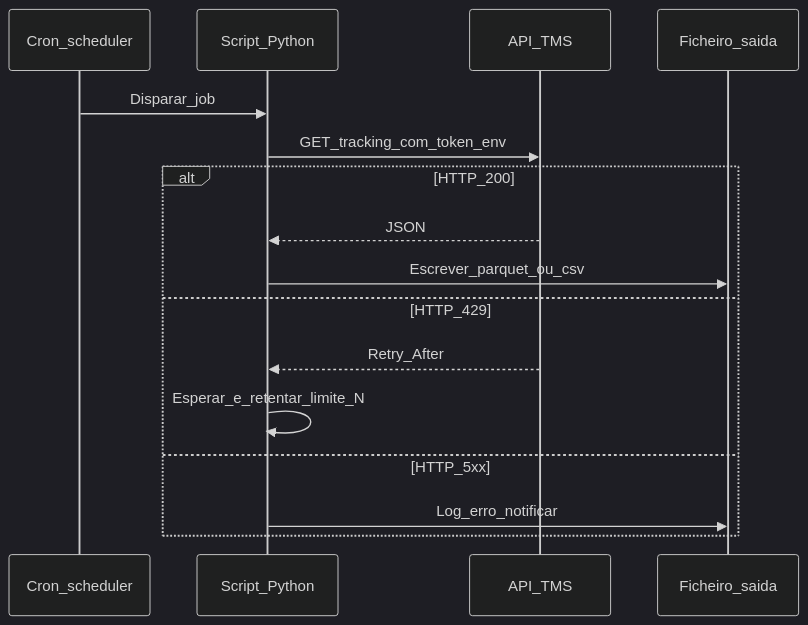
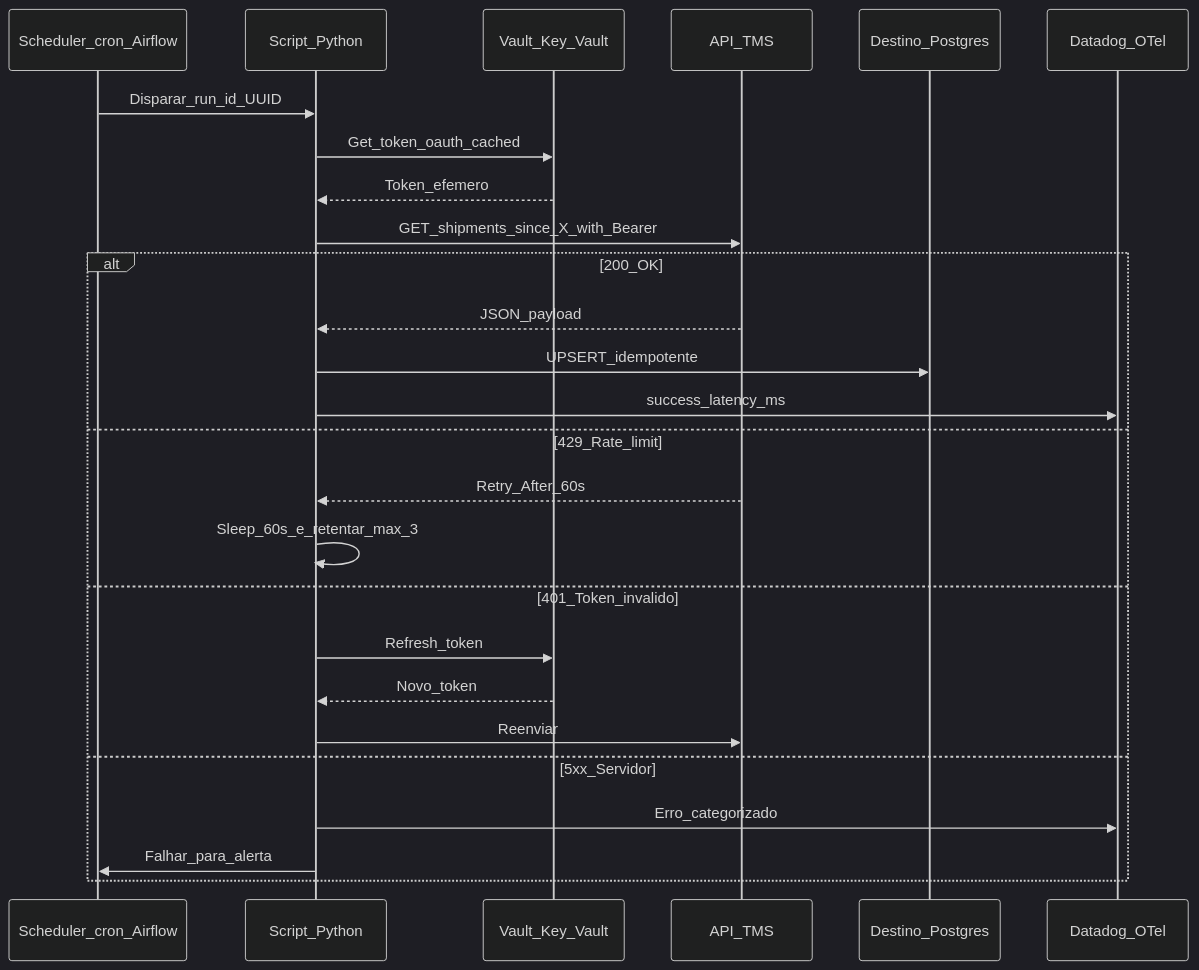
The first of 2 diagrams in aulas/trilha-automacao-e-digitalizacao/modulo-02-python-para-logistica/aula-03-agendamento-apis-leitura-rest.md (cleberhensel/logisticon-academy), drawn with Mermaid (dark theme) before and after one commit. The commit also changed other lines of this file and 122 other files, not shown here.

````diff
--- a/aulas/trilha-automacao-e-digitalizacao/modulo-02-python-para-logistica/aula-03-agendamento-apis-leitura-rest.md
+++ b/aulas/trilha-automacao-e-digitalizacao/modulo-02-python-para-logistica/aula-03-agendamento-apis-leitura-rest.md
@@ -42,18 +56,28 @@
 ```mermaid
 sequenceDiagram
-  participant C as Cron_scheduler
-  participant S as Script_Python
-  participant A as API_TMS
-  participant F as Ficheiro_saida
-  C->>S: Disparar_job
-  S->>A: GET_tracking_com_token_env
-  alt HTTP_200
-    A-->>S: JSON
-    S->>F: Escrever_parquet_ou_csv
-  else HTTP_429
-    A-->>S: Retry_After
-    S->>S: Esperar_e_retentar_limite_N
-  else HTTP_5xx
-    S->>F: Log_erro_notificar
+  participant SCH as Scheduler_cron_Airflow
+  participant SCR as Script_Python
+  participant V as Vault_Key_Vault
+  participant API as API_TMS
+  participant DB as Destino_Postgres
+  participant LOG as Datadog_OTel
+  SCH->>SCR: Disparar_run_id_UUID
+  SCR->>V: Get_token_oauth_cached
+  V-->>SCR: Token_efemero
+  SCR->>API: GET_shipments_since_X_with_Bearer
+  alt 200_OK
+    API-->>SCR: JSON_payload
+    SCR->>DB: UPSERT_idempotente
+    SCR->>LOG: success_latency_ms
+  else 429_Rate_limit
+    API-->>SCR: Retry_After_60s
+    SCR->>SCR: Sleep_60s_e_retentar_max_3
+  else 401_Token_invalido
+    SCR->>V: Refresh_token
+    V-->>SCR: Novo_token
+    SCR->>API: Reenviar
+  else 5xx_Servidor
+    SCR->>LOG: Erro_categorizado
+    SCR->>SCH: Falhar_para_alerta
   end
 ```
````
